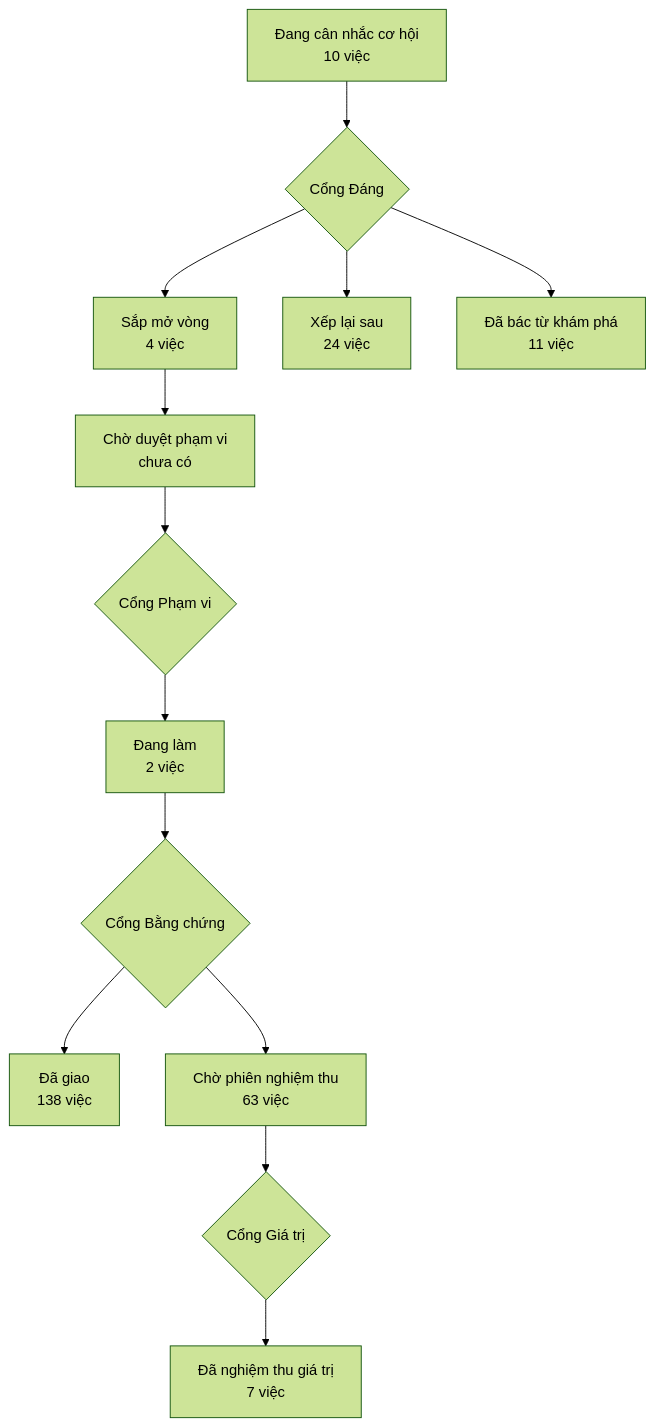
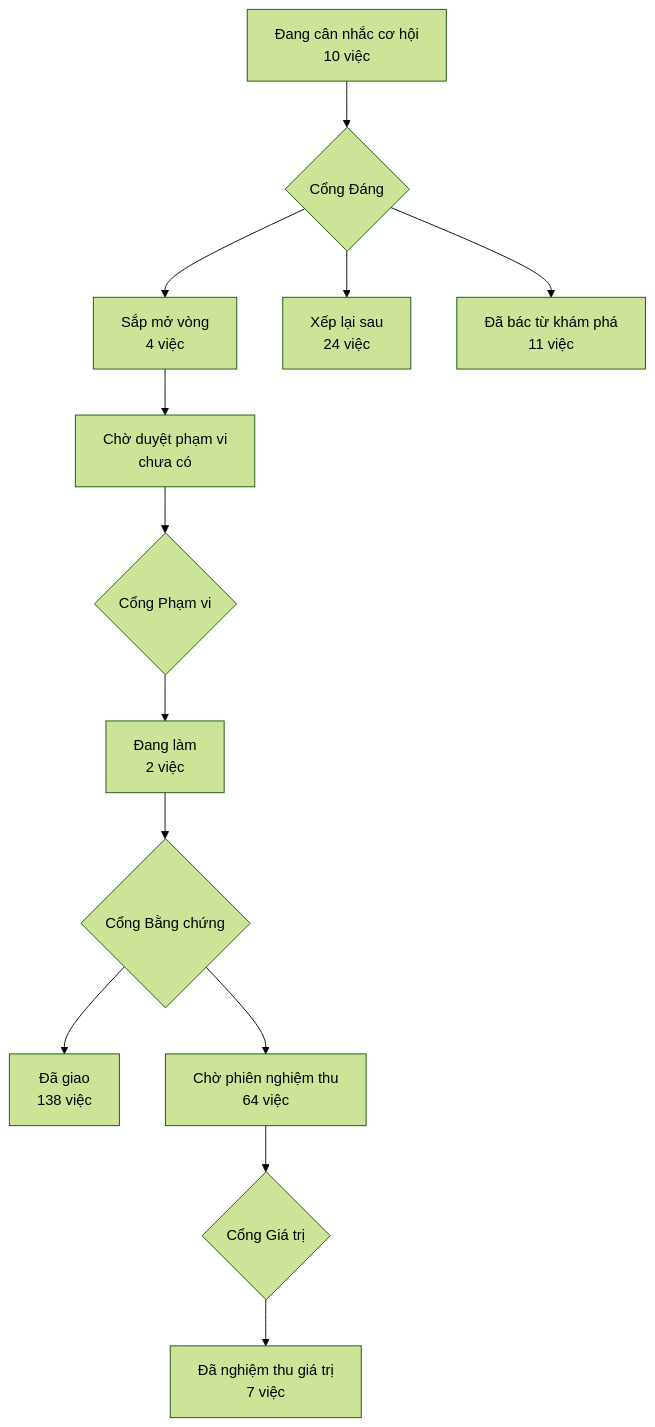
The diagram in PRODUCT-MAP.md (phanlemanh/acceptance-gate-kit), drawn with Mermaid (forest theme) before and after one commit. The commit also changed other lines of this file and 1 other file, not shown here.

Commit message:
chore: vẽ lại bản đồ sản phẩm sau khi gộp main

````diff
--- a/PRODUCT-MAP.md
+++ b/PRODUCT-MAP.md
@@ -7,12 +7,12 @@
 ```mermaid
 flowchart TD
   A["Đang cân nhắc cơ hội<br/>10 việc"] --> GD{"Cổng Đáng"}
   GD --> B["Sắp mở vòng<br/>4 việc"]
   GD --> XL["Xếp lại sau<br/>24 việc"]
   GD --> DB["Đã bác từ khám phá<br/>11 việc"]
   B --> CD["Chờ duyệt phạm vi<br/>chưa có"] --> GP{"Cổng Phạm vi"}
   GP --> DL["Đang làm<br/>2 việc"] --> GB{"Cổng Bằng chứng"}
   GB --> DG["Đã giao<br/>138 việc"]
-  GB --> CN["Chờ phiên nghiệm thu<br/>63 việc"] --> GG{"Cổng Giá trị"}
+  GB --> CN["Chờ phiên nghiệm thu<br/>64 việc"] --> GG{"Cổng Giá trị"}
   GG --> NT["Đã nghiệm thu giá trị<br/>7 việc"]
 ```
````
